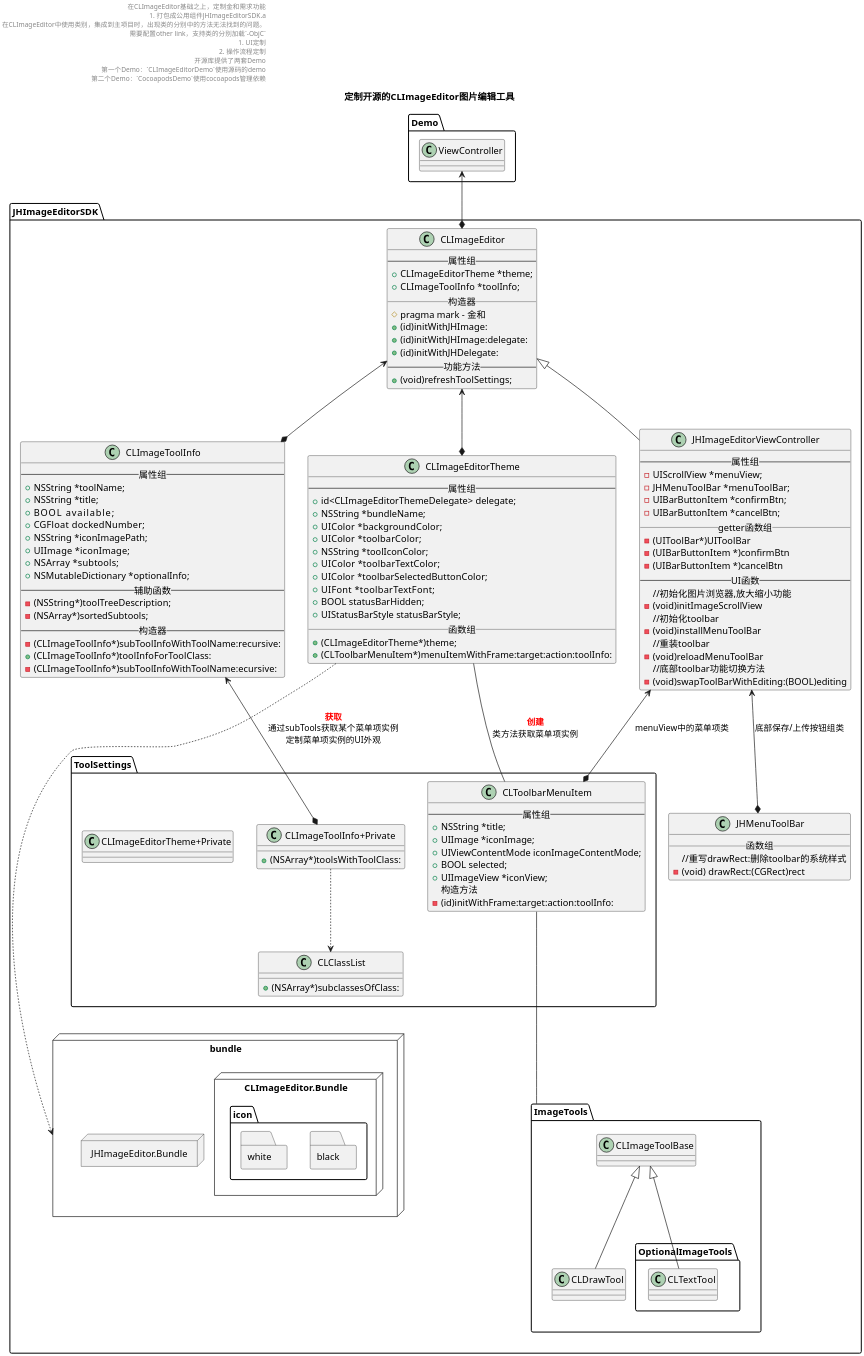
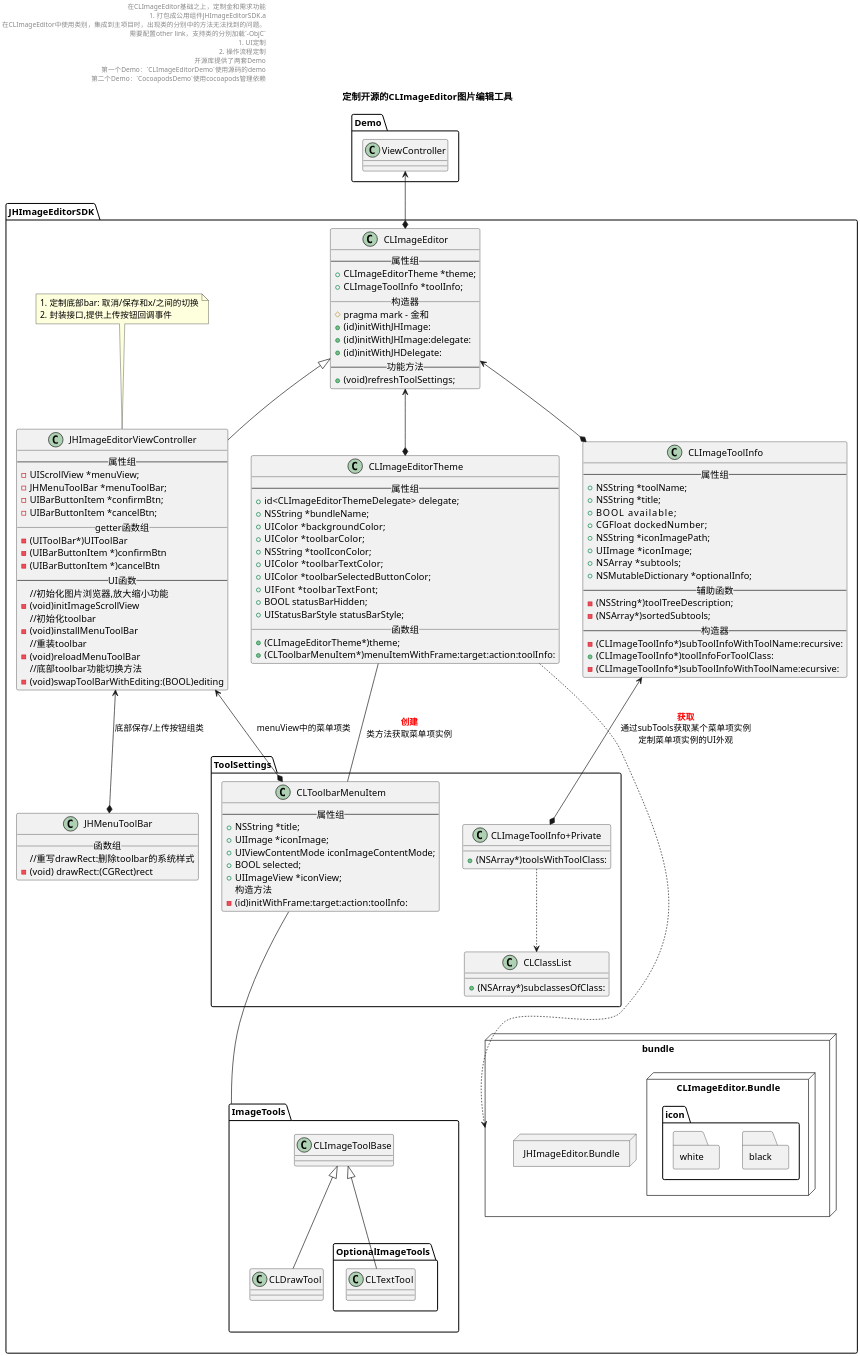
Before and after one commit to huos3203/blog: the first of 3 diagrams in source/_drafts/定制开源的CLImageEditor图片编辑工具.md, drawn with PlantUML.

Commit message:
完善说明

```diff
--- a/source/_drafts/定制开源的CLImageEditor图片编辑工具.md
+++ b/source/_drafts/定制开源的CLImageEditor图片编辑工具.md
@@ -97,6 +97,10 @@
     //底部toolbar功能切换方法
     - (void)swapToolBarWithEditing:(BOOL)editing
 }
+note top of jheditorvc
+1. 定制底部bar: 取消/保存和x/之间的切换
+2. 封装接口,提供上传按钮回调事件
+end note
 class "JHMenuToolBar" as JHBar {
     __ 函数组__
     //重写drawRect:删除toolbar的系统样式
@@ -135,7 +139,6 @@
     class "CLClassList" as clslist{
     + (NSArray*)subclassesOfClass:
     }
-    class CLImageEditorTheme+Private 
 }
 
 Node "bundle"{
```
